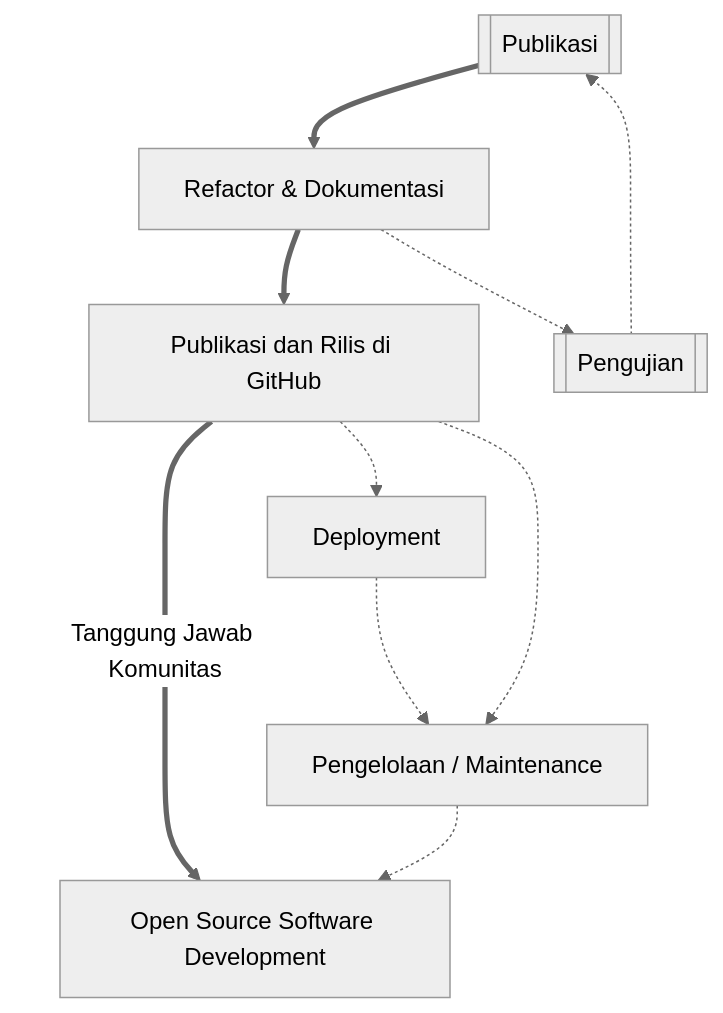
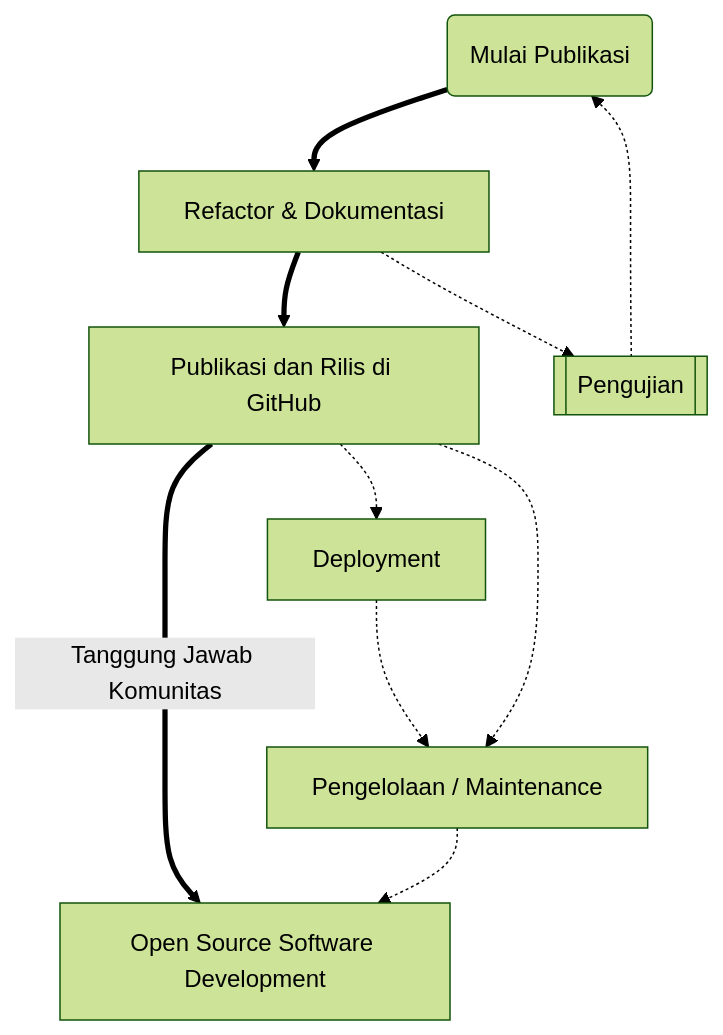
The third of 5 diagrams in webapps/webapps-rainfall.qmd (fiakoengineering/manual), drawn with Mermaid before and after one commit. The commit also changed other lines of this file and 4 other files, not shown here.

Commit message:
tambah penjelasan dan diagram (#2)

````diff
--- a/webapps/webapps-rainfall.qmd
+++ b/webapps/webapps-rainfall.qmd
@@ -287,25 +293,25 @@
 ```{mermaid}
 %%| label: fig-publish-apps
 %%| fig-cap: Gambaran publikasi dan rilis aplikasi.
 %%| fig-align: center
-%%{ init: { 'flowchart': { 'curve': 'bump'}, 'theme': 'neutral' } }%%
+%%{ init: { 'flowchart': { 'curve': 'bump'}, 'theme': 'forest' } }%%
 flowchart TD
-    publikasi[[Publikasi]]
+    publikasi(Mulai Publikasi)
     pengujian[[Pengujian]]
     refactor["Refactor & Dokumentasi"]
     publish["Publikasi dan Rilis di GitHub"]
     osdev["Open Source Software Development"]
     deploy["Deployment"]
     maintain["Pengelolaan / Maintenance"]
 
     publikasi ==> refactor
     refactor ==> publish
     refactor -.-> pengujian
     pengujian -.-> publikasi
     publish == "Tanggung Jawab Komunitas" ====> osdev
     publish -.-> deploy
     deploy -.-> maintain
     publish -.-> maintain
     maintain -.-> osdev
 
 ```
````
